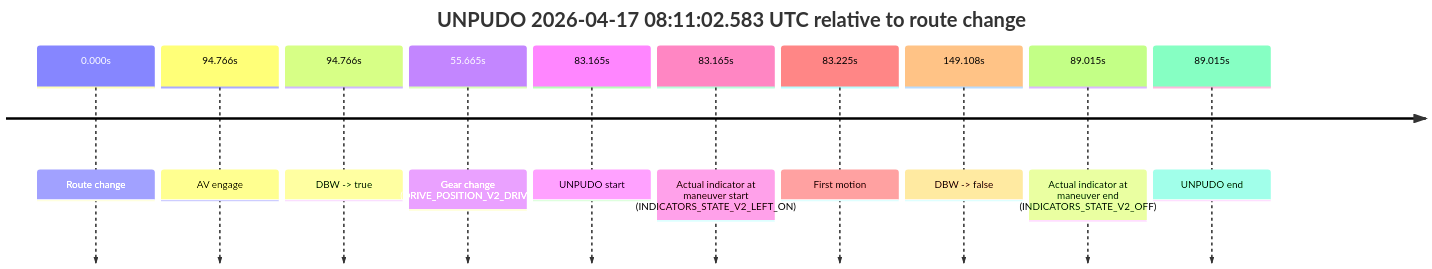
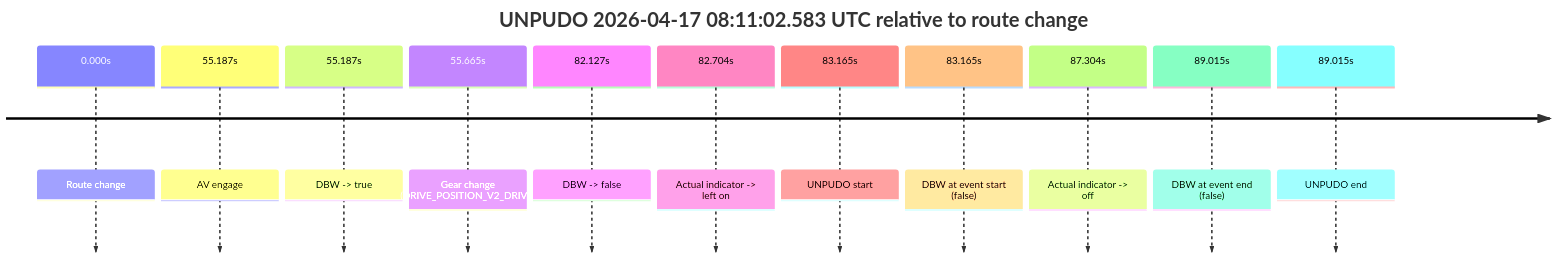
The fifth of 6 diagrams in model_analysis/report_cards/2026/04/Week-3/fme20002--2026-04-17--07-06-38--gen2-av-3bef8d86-b9d2-4e05-8cb5-d3d84412b357.md (yoelshapiro/vault), drawn with Mermaid before and after one commit. The commit also changed other lines of this file and 85 other files, not shown here.

````diff
--- a/model_analysis/report_cards/2026/04/Week-3/fme20002--2026-04-17--07-06-38--gen2-av-3bef8d86-b9d2-4e05-8cb5-d3d84412b357.md
+++ b/model_analysis/report_cards/2026/04/Week-3/fme20002--2026-04-17--07-06-38--gen2-av-3bef8d86-b9d2-4e05-8cb5-d3d84412b357.md
@@ -371,14 +418,15 @@
 ```mermaid
 timeline
     title UNPUDO 2026-04-17 08:11:02.583 UTC relative to route change
     0.000s : Route change
-    94.766s : AV engage
-    94.766s : DBW -> true
+    55.187s : AV engage
+    55.187s : DBW -> true
     55.665s : Gear change (DRIVE_POSITION_V2_DRIVE)
+    82.127s : DBW -> false
+    82.704s : Actual indicator -> left on
     83.165s : UNPUDO start
-    83.165s : Actual indicator at maneuver start (INDICATORS_STATE_V2_LEFT_ON)
-    83.225s : First motion
-    149.108s : DBW -> false
-    89.015s : Actual indicator at maneuver end (INDICATORS_STATE_V2_OFF)
+    83.165s : DBW at event start (false)
+    87.304s : Actual indicator -> off
+    89.015s : DBW at event end (false)
     89.015s : UNPUDO end
 ```
````
